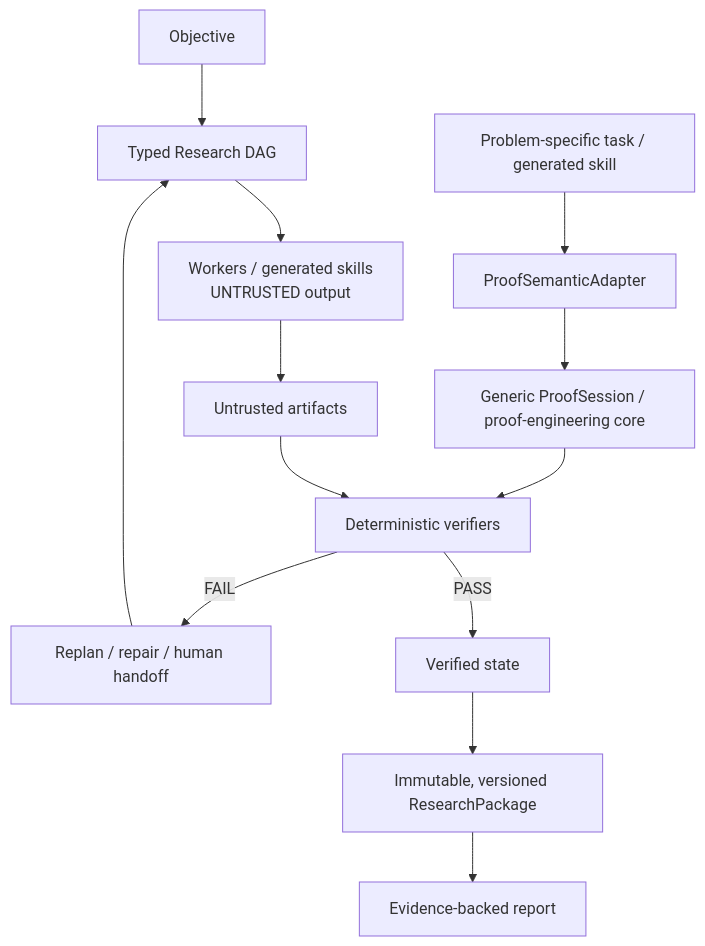
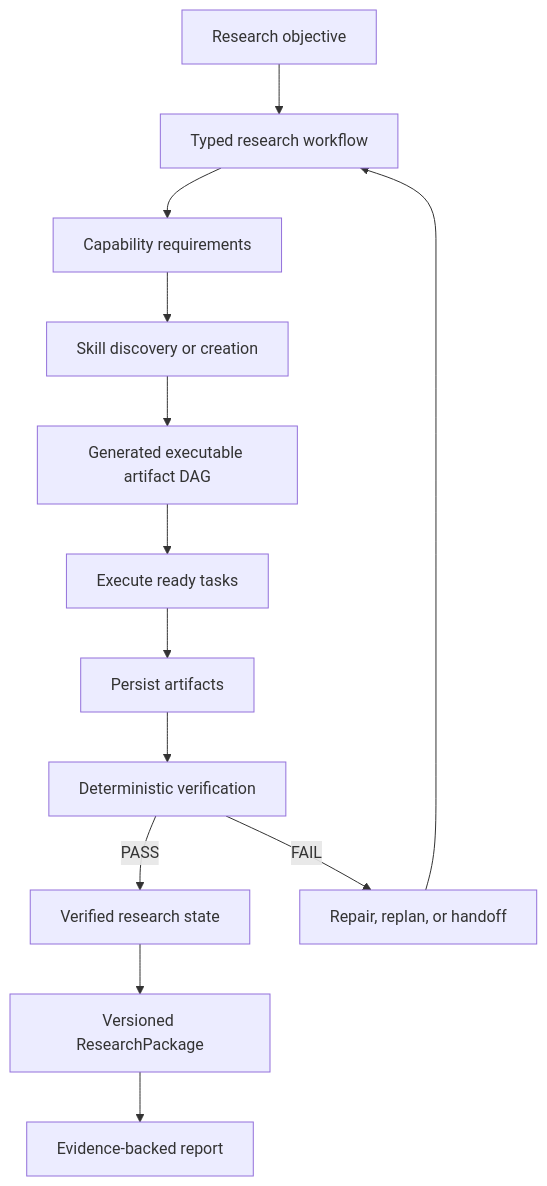
One commit to Aryadeepta/researchGPT changed the first of 2 diagrams in README.md. Above: the diagram before and after it, drawn with Mermaid. The commit also changed other lines of this file and 5 other files, not shown here.

````diff
--- a/README.md
+++ b/README.md
@@ -7,16 +23,18 @@
 ```mermaid
 flowchart TD
-    O[Objective] --> D[Typed Research DAG]
-    D --> W[Workers / generated skills\nUNTRUSTED output]
-    W --> A[Untrusted artifacts]
-    A --> V[Deterministic verifiers]
-    V -->|PASS| S[Verified state]
-    V -->|FAIL| R[Replan / repair / human handoff]
-    R --> D
-    S --> P[Immutable, versioned ResearchPackage]
-    P --> E[Evidence-backed report]
+    O[Research objective] --> R[Typed research workflow]
+    R --> C[Capability requirements]
+    C --> S[Skill discovery or creation]
+    S --> D[Generated executable artifact DAG]
 
-    T[Problem-specific task / generated skill] --> SA[ProofSemanticAdapter]
-    SA --> PS[Generic ProofSession / proof-engineering core]
-    PS --> V
+    D --> X[Execute ready tasks]
+    X --> A[Persist artifacts]
+    A --> V[Deterministic verification]
+
+    V -->|PASS| P[Verified research state]
+    V -->|FAIL| H[Repair, replan, or handoff]
+    H --> R
+
+    P --> RP[Versioned ResearchPackage]
+    RP --> E[Evidence-backed report]
 ```
````
